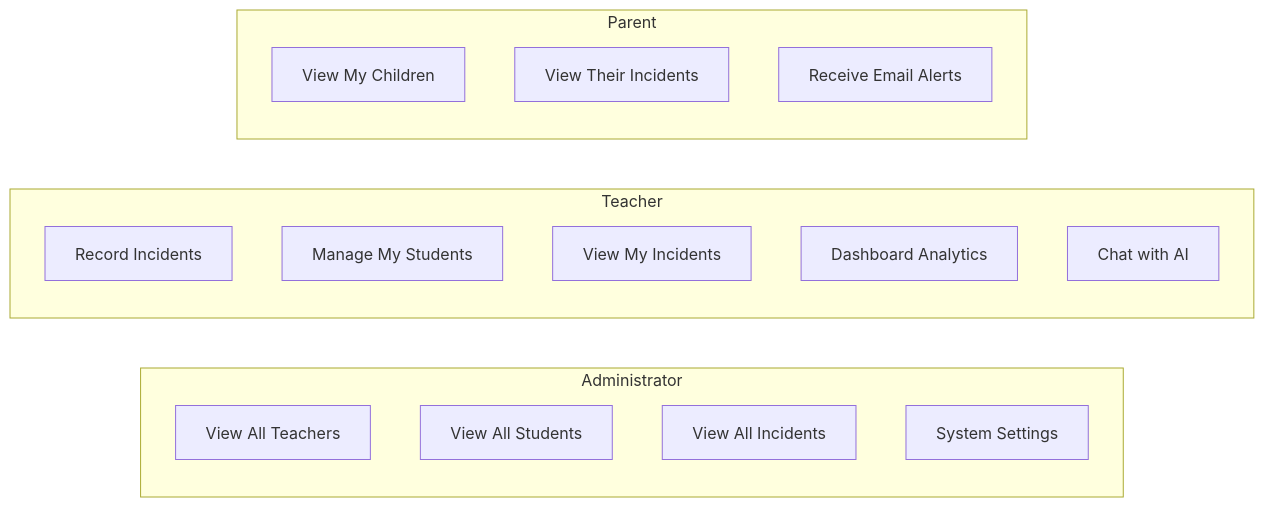
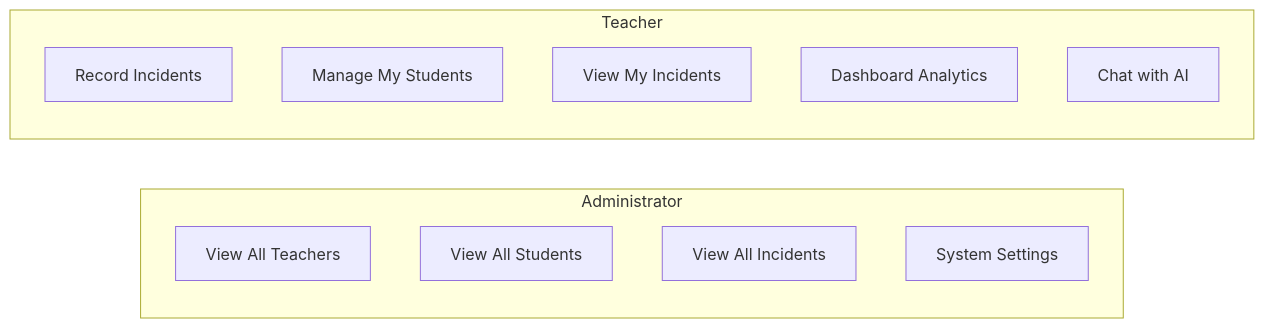
Before and after one commit to SALT-Lab-Human-AI/project-check-point-1-ABCapture: the fifth of 6 diagrams in app/docs/architecture.md, drawn with Mermaid. The commit also changed other lines of this file, not shown here.

Commit message:
Update architecture diagram by removing Parent subgraph
Removed Parent subgraph and updated Pages in Client layer.

````diff
--- a/app/docs/architecture.md
+++ b/app/docs/architecture.md
@@ -228,23 +228,18 @@
 ```mermaid
 graph LR
     subgraph Administrator
         A1[View All Teachers]
         A2[View All Students]
         A3[View All Incidents]
         A4[System Settings]
     end
     
     subgraph Teacher
         T1[Record Incidents]
         T2[Manage My Students]
         T3[View My Incidents]
         T4[Dashboard Analytics]
         T5[Chat with AI]
     end
     
-    subgraph Parent
-        P1[View My Children]
-        P2[View Their Incidents]
-        P3[Receive Email Alerts]
-    end
 ```
````
